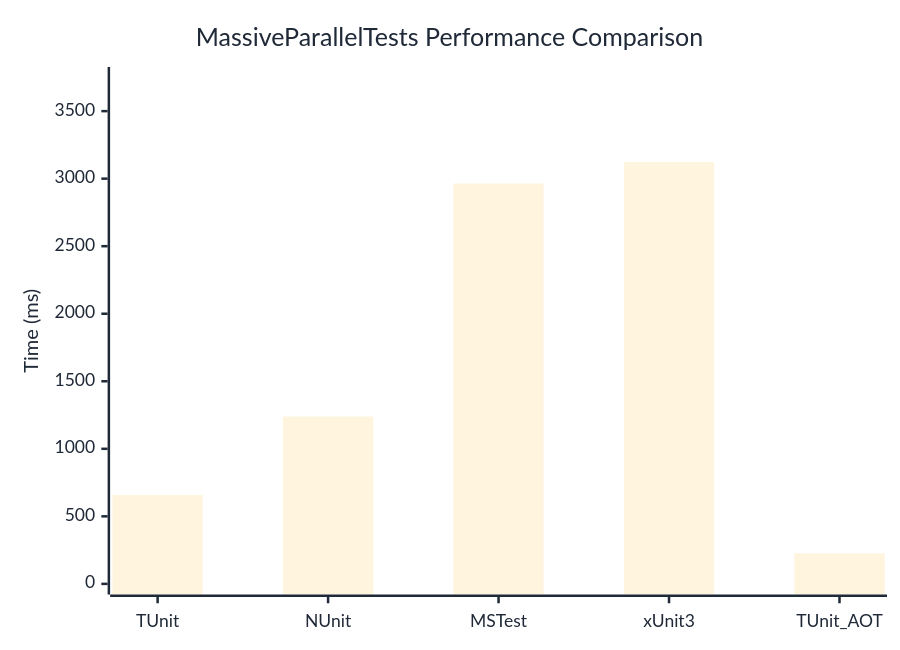
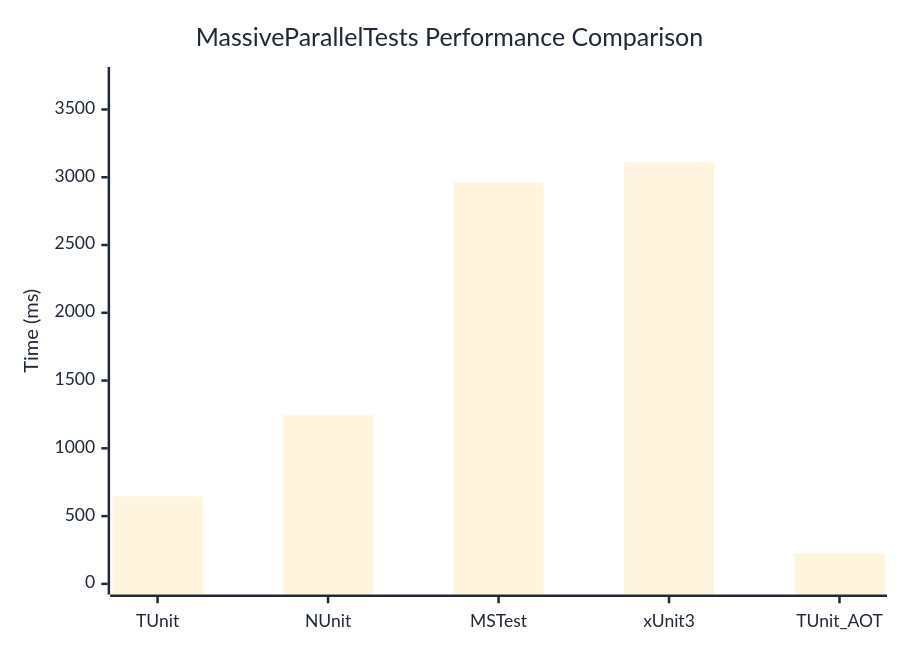
Before and after one commit to weiyilai/TUnit: the diagram in docs/docs/benchmarks/MassiveParallelTests.md, drawn with Mermaid. The commit also changed other lines of this file and 17 other files, not shown here.

````diff
--- a/docs/docs/benchmarks/MassiveParallelTests.md
+++ b/docs/docs/benchmarks/MassiveParallelTests.md
@@ -27,37 +27,37 @@
 ```mermaid
 %%{init: {
   'theme':'base',
   'themeVariables': {
     'primaryColor': '#2563eb',
     'primaryTextColor': '#1f2937',
     'primaryBorderColor': '#1e40af',
     'lineColor': '#6b7280',
     'secondaryColor': '#7c3aed',
     'tertiaryColor': '#dc2626',
     'background': '#ffffff',
     'mainBkg': '#2563eb',
     'secondBkg': '#7c3aed',
     'tertiaryBkg': '#dc2626',
     'clusterBkg': '#f3f4f6',
     'edgeLabelBackground': '#ffffff',
     'tertiaryTextColor': '#1f2937',
     'pie1': '#2563eb',
     'pie2': '#7c3aed',
     'pie3': '#dc2626',
     'pie4': '#f59e0b',
     'pie5': '#10b981',
     'pie6': '#06b6d4',
     'pie7': '#ec4899',
     'pie8': '#6366f1',
     'pie9': '#84cc16',
     'pie10': '#f97316',
     'pie11': '#14b8a6',
     'pie12': '#a855f7'
   }
 }}%%
 xychart-beta
   title "MassiveParallelTests Performance Comparison"
   x-axis ["TUnit", "NUnit", "MSTest", "xUnit3", "TUnit_AOT"]
-  y-axis "Time (ms)" 0 --> 3748
-  bar [658.4, 1238.9, 2964.1, 3123, 226.1]
+  y-axis "Time (ms)" 0 --> 3735
+  bar [645.9, 1243.4, 2962.4, 3112.1, 225.7]
 ```
````
